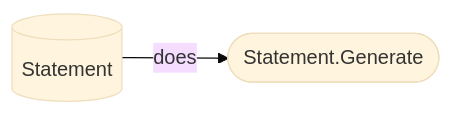
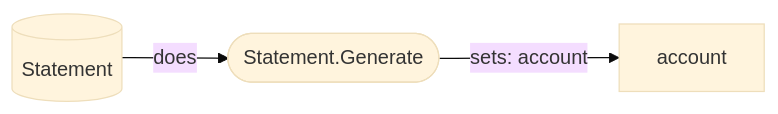
Before and after one commit to chrisyoung/hecks: the diagram in docs/generated/diagrams/banking/Statement_surface.mmd, drawn with Mermaid (base theme). The commit also changed 16 other files, not shown here.

```diff
--- a/docs/generated/diagrams/banking/Statement_surface.mmd
+++ b/docs/generated/diagrams/banking/Statement_surface.mmd
@@ -1,4 +1,5 @@
-%% GENERATED by bin/project_diagrams from Statement's own declared commands and queries — DO NOT EDIT BY HAND.
+%% GENERATED by bin/project_diagrams from Statement's own declared commands (and what each writes) and queries — DO NOT EDIT BY HAND.
 %% Re-run `bin/project_diagrams <domain-path> Banking` after any change.
 flowchart LR
     Statement[(Statement)] -->|does| cmd_Statement_Generate(["Statement.Generate"])
+    cmd_Statement_Generate(["Statement.Generate"]) -->|"sets: account"| attr_Statement_account[account]
```
